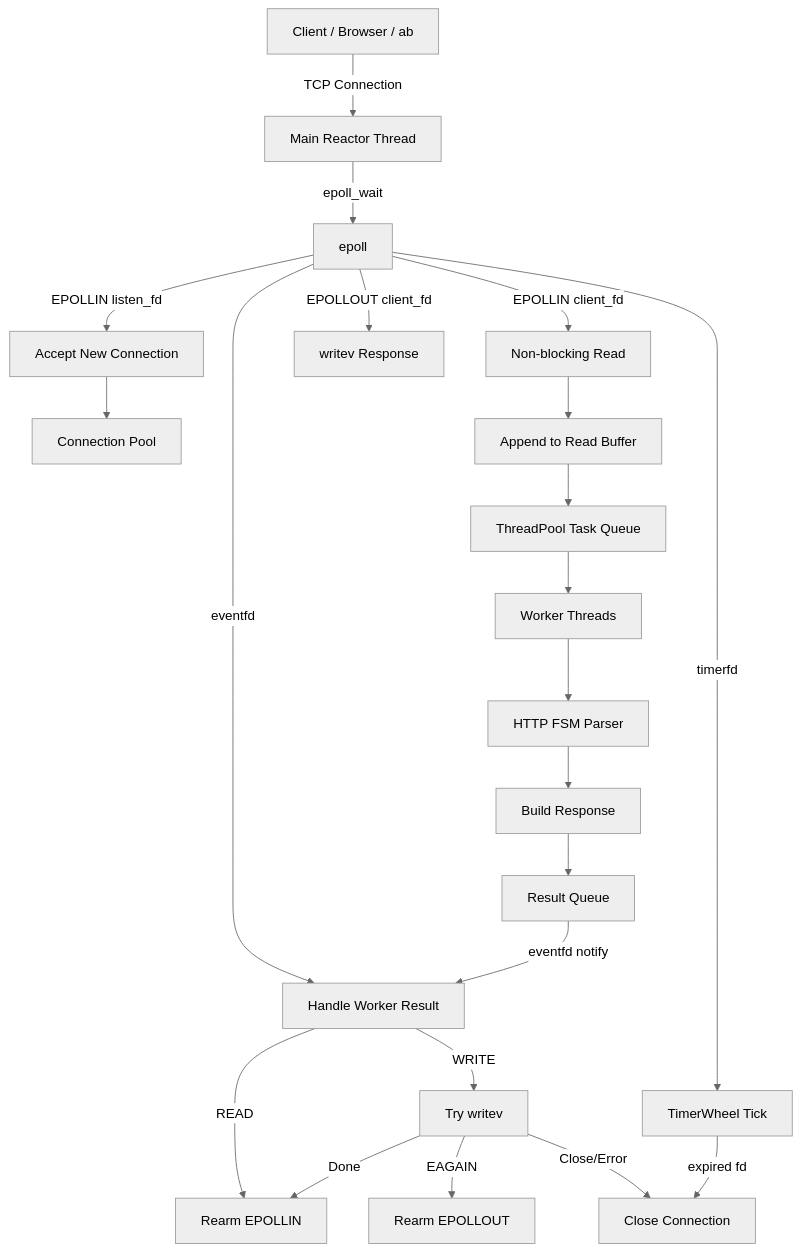
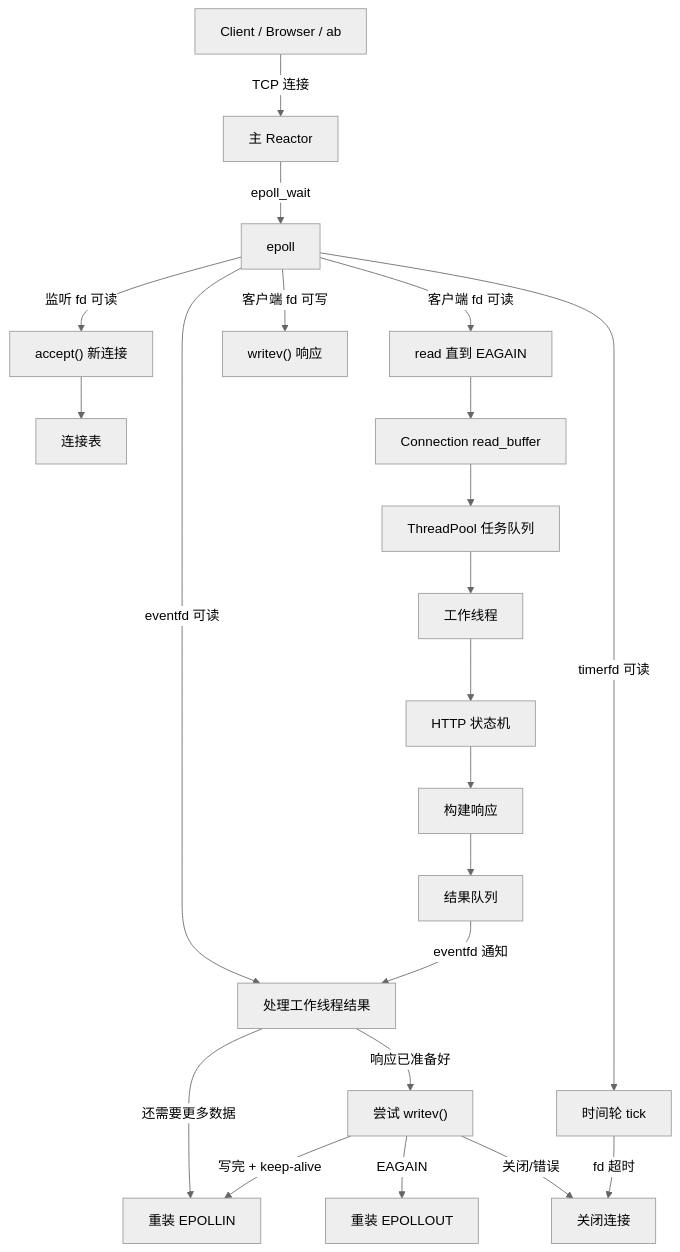
One commit to kangbaoH/VWebServer changed the first of 4 diagrams in README.zh-CN.md. Above: the diagram before and after it, drawn with Mermaid (neutral theme). The commit also changed other lines of this file and 2 other files, not shown here.

````diff
--- a/README.zh-CN.md
+++ b/README.zh-CN.md
@@ -154,29 +37,29 @@
 ```mermaid
 flowchart TD
-    Client[Client / Browser / ab] -->|TCP Connection| Main[Main Reactor Thread]
+    Client["Client / Browser / ab"] -->|"TCP 连接"| Main["主 Reactor"]
 
-    Main -->|epoll_wait| Epoll[epoll]
-    Epoll -->|EPOLLIN listen_fd| Accept[Accept New Connection]
-    Epoll -->|EPOLLIN client_fd| Read[Non-blocking Read]
-    Epoll -->|EPOLLOUT client_fd| Write[writev Response]
-    Epoll -->|timerfd| Timer[TimerWheel Tick]
-    Epoll -->|eventfd| Result[Handle Worker Result]
+    Main -->|"epoll_wait"| Epoll["epoll"]
+    Epoll -->|"监听 fd 可读"| Accept["accept() 新连接"]
+    Epoll -->|"客户端 fd 可读"| Read["read 直到 EAGAIN"]
+    Epoll -->|"客户端 fd 可写"| Write["writev() 响应"]
+    Epoll -->|"timerfd 可读"| Timer["时间轮 tick"]
+    Epoll -->|"eventfd 可读"| Results["处理工作线程结果"]
 
-    Accept --> Conn[Connection Pool]
-    Read --> Buffer[Append to Read Buffer]
-    Buffer --> TaskQueue[ThreadPool Task Queue]
+    Accept --> Conn["连接表"]
+    Read --> Buffer["Connection read_buffer"]
+    Buffer --> Tasks["ThreadPool 任务队列"]
 
-    TaskQueue --> Worker[Worker Threads]
-    Worker --> FSM[HTTP FSM Parser]
-    FSM --> Response[Build Response]
-    Response --> ResultQueue[Result Queue]
-    ResultQueue -->|eventfd notify| Result
+    Tasks --> Worker["工作线程"]
+    Worker --> Parser["HTTP 状态机"]
+    Parser --> Response["构建响应"]
+    Response --> ResultQueue["结果队列"]
+    ResultQueue -->|"eventfd 通知"| Results
 
-    Result -->|READ| RearmRead[Rearm EPOLLIN]
-    Result -->|WRITE| TryWrite[Try writev]
-    TryWrite -->|Done| RearmRead
-    TryWrite -->|EAGAIN| RearmWrite[Rearm EPOLLOUT]
-    TryWrite -->|Close/Error| Close[Close Connection]
+    Results -->|"还需要更多数据"| RearmRead["重装 EPOLLIN"]
+    Results -->|"响应已准备好"| TryWrite["尝试 writev()"]
+    TryWrite -->|"写完 + keep-alive"| RearmRead
+    TryWrite -->|"EAGAIN"| RearmWrite["重装 EPOLLOUT"]
+    TryWrite -->|"关闭/错误"| Close["关闭连接"]
 
-    Timer -->|expired fd| Close
+    Timer -->|"fd 超时"| Close
 ```
````
